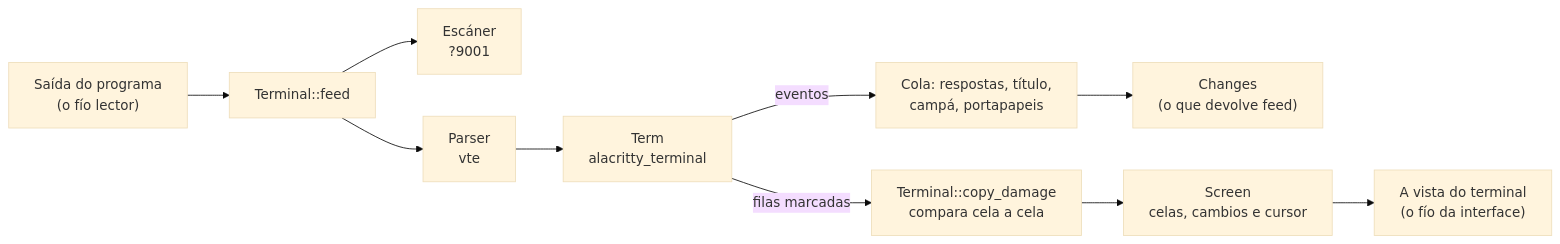
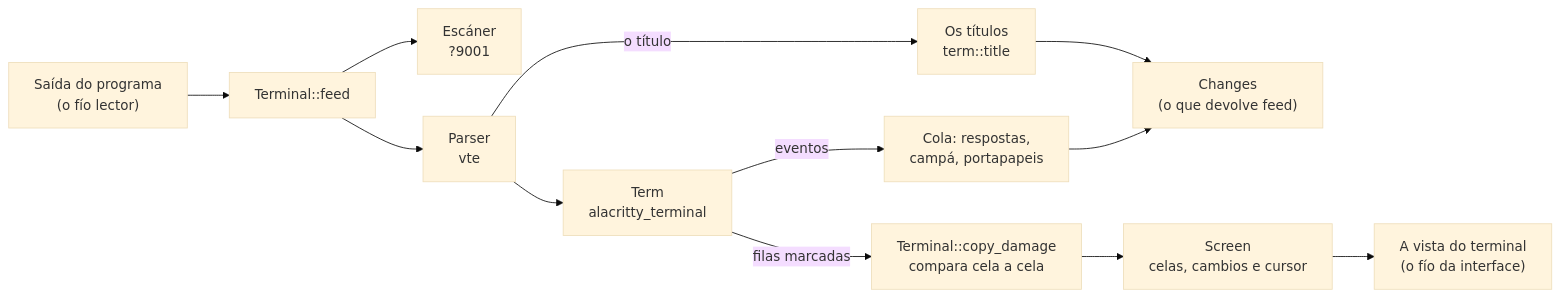
The fourth of 22 diagrams in docs/arquitectura.md (NewHouses/meiga), drawn with Mermaid (base theme) before and after one commit. The commit also changed other lines of this file and 21 other files, not shown here.

````diff
--- a/docs/arquitectura.md
+++ b/docs/arquitectura.md
@@ -130,12 +131,14 @@
 ```mermaid
 flowchart LR
     out["Saída do programa<br/>(o fío lector)"] --> feed["Terminal::feed"]
     feed --> scan["Escáner<br/>?9001"]
     feed --> parser["Parser<br/>vte"]
     parser --> term["Term<br/>alacritty_terminal"]
-    term -- "eventos" --> queue["Cola: respostas, título,<br/>campá, portapapeis"]
+    parser -- "o título" --> titles["Os títulos<br/>term::title"]
+    term -- "eventos" --> queue["Cola: respostas,<br/>campá, portapapeis"]
     queue --> changes["Changes<br/>(o que devolve feed)"]
+    titles --> changes
     term -- "filas marcadas" --> copy["Terminal::copy_damage<br/>compara cela a cela"]
     copy --> screen["Screen<br/>celas, cambios e cursor"]
     screen --> render["A vista do terminal<br/>(o fío da interface)"]
 ```
````
